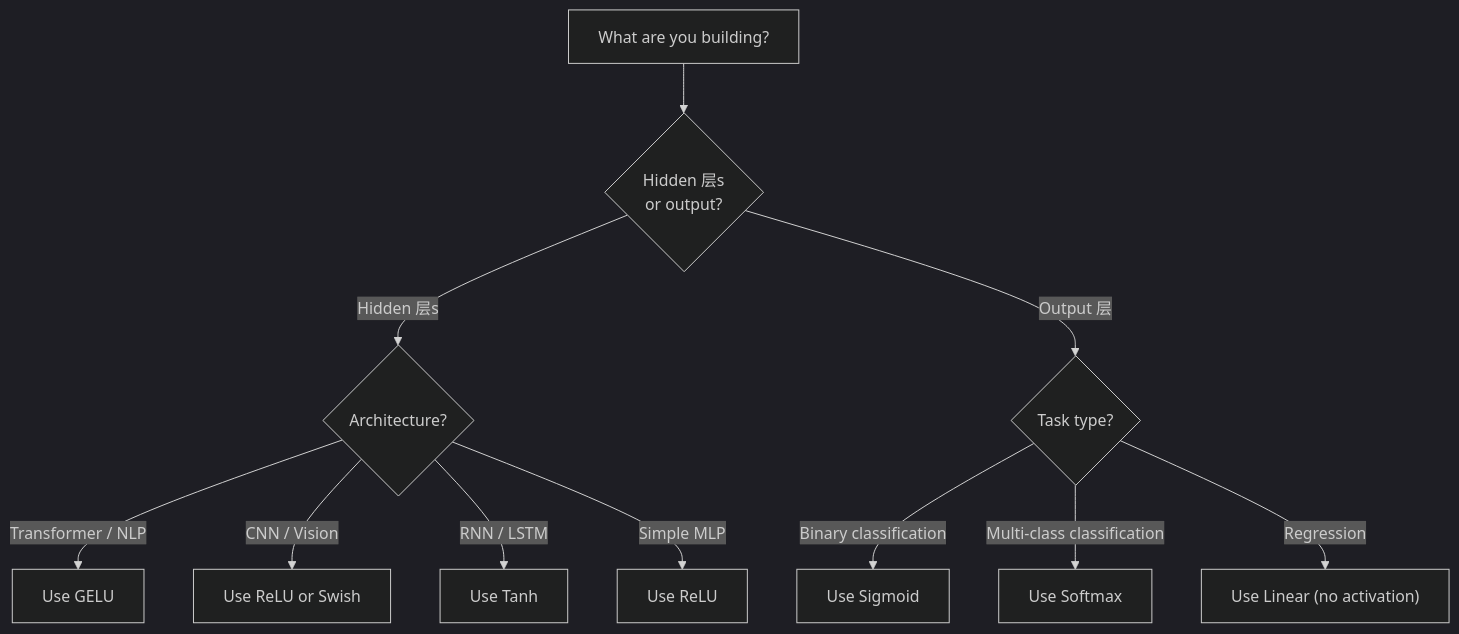
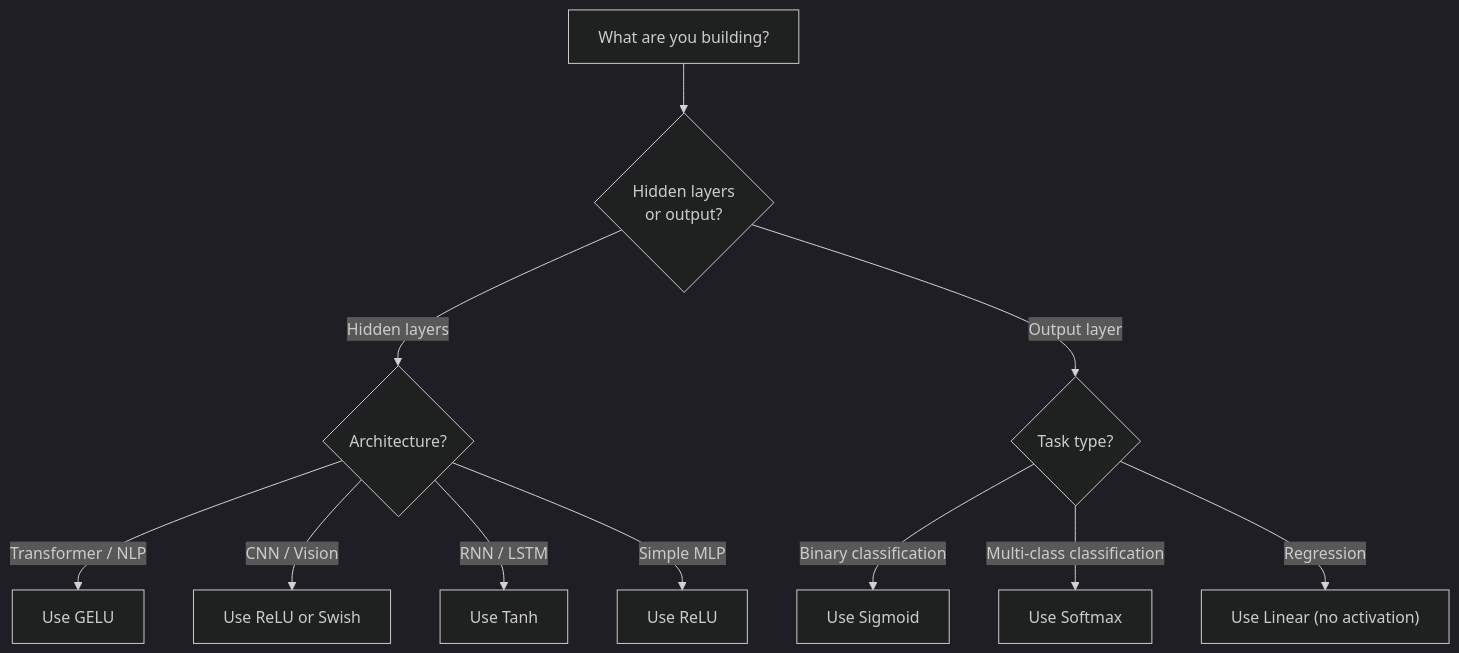
One commit to arwei944/ai-engineering-from-scratch changed the third of 3 diagrams in phases/03-deep-learning-core/04-activation-functions/docs/zh.md. Above: the diagram before and after it, drawn with Mermaid (dark theme). The commit also changed other lines of this file and 65 other files, not shown here.

````diff
--- a/phases/03-deep-learning-core/04-activation-functions/docs/zh.md
+++ b/phases/03-deep-learning-core/04-activation-functions/docs/zh.md
@@ -202,16 +202,16 @@
 ```mermaid
 flowchart TD
-    Start["What are you building?"] --> Hidden{"Hidden 层s<br/>or output?"}
+    Start["What are you building?"] --> Hidden{"Hidden layers<br/>or output?"}
 
-    Hidden -->|"Hidden 层s"| Arch{"Architecture?"}
-    Hidden -->|"Output 层"| Task{"Task type?"}
+    Hidden -->|"Hidden layers"| Arch{"Architecture?"}
+    Hidden -->|"Output layer"| Task{"Task type?"}
 
     Arch -->|"Transformer / NLP"| GELU["Use GELU"]
     Arch -->|"CNN / Vision"| ReLU["Use ReLU or Swish"]
     Arch -->|"RNN / LSTM"| Tanh["Use Tanh"]
     Arch -->|"Simple MLP"| ReLU2["Use ReLU"]
 
     Task -->|"Binary classification"| Sigmoid["Use Sigmoid"]
     Task -->|"Multi-class classification"| Softmax["Use Softmax"]
     Task -->|"Regression"| Linear["Use Linear (no activation)"]
 ```
````
